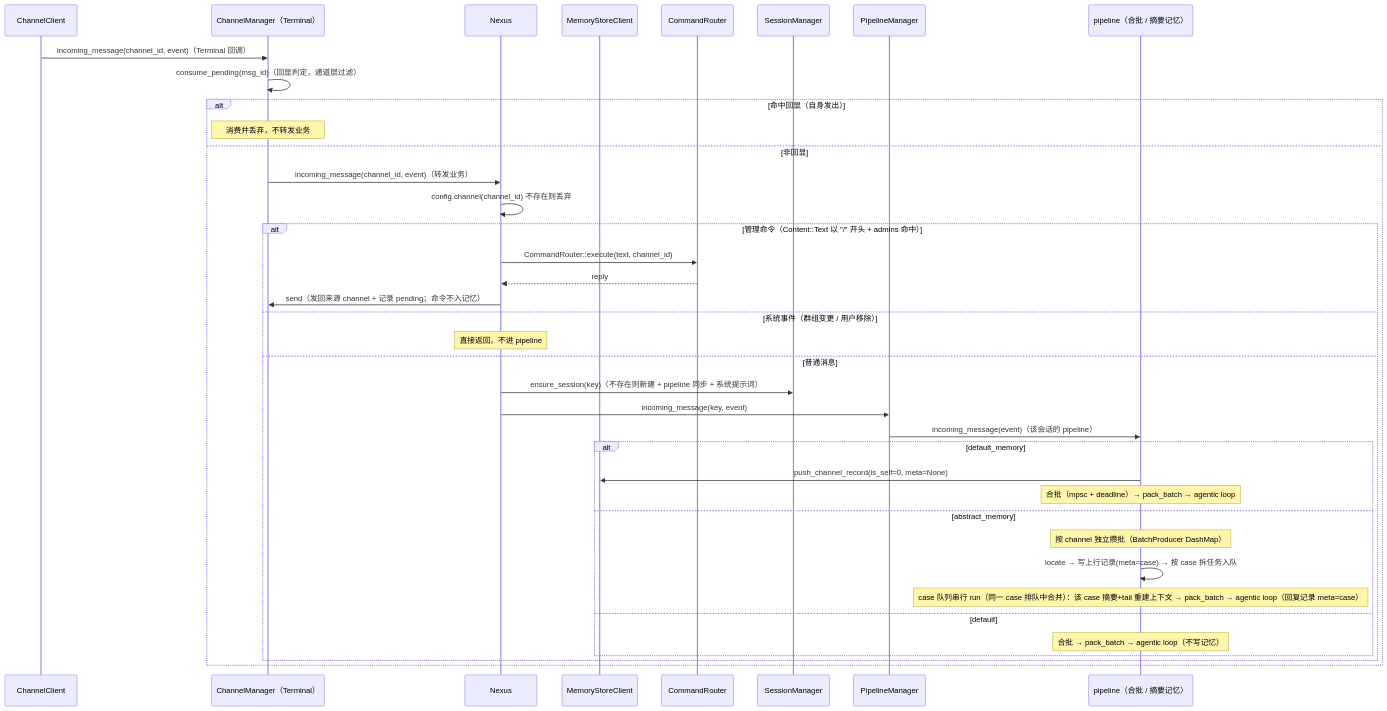
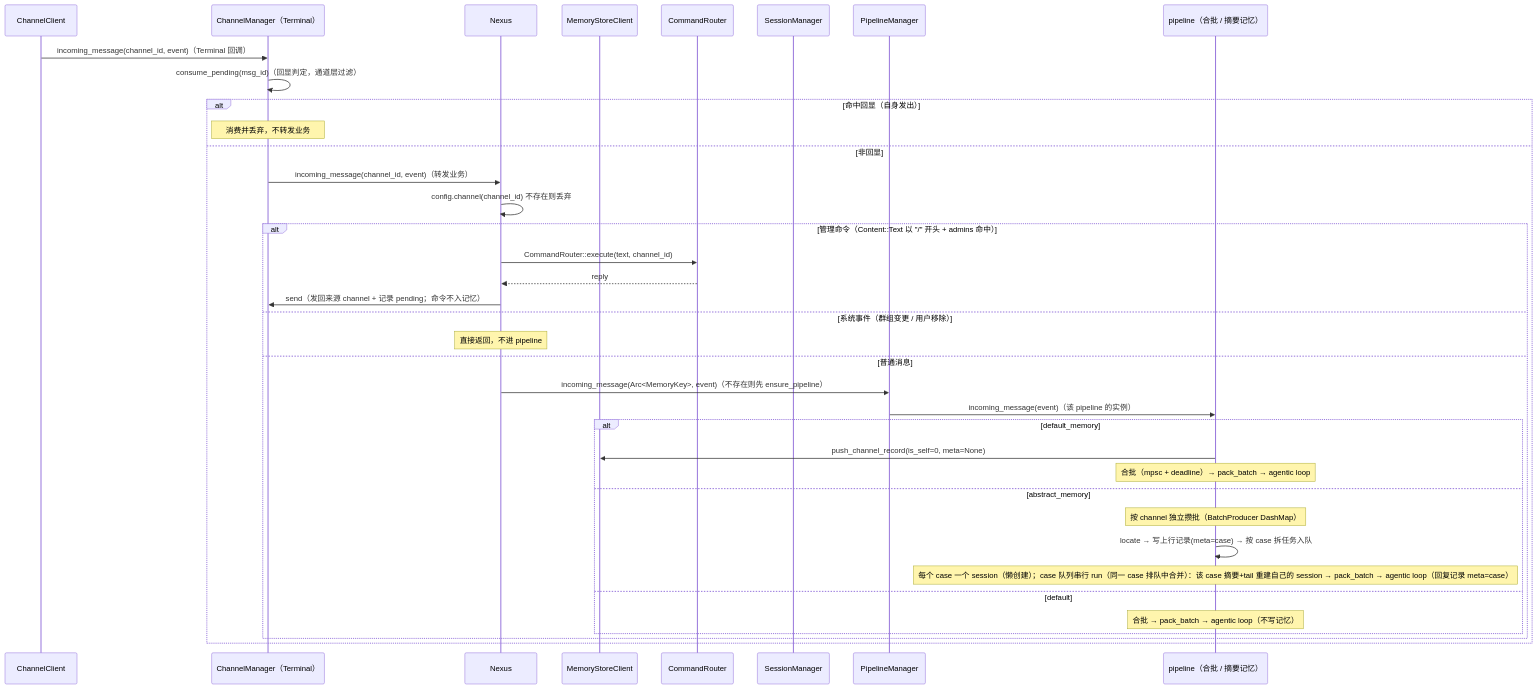
The third of 5 diagrams in docs/spec/agent-modules.md (coldcloude/kissbot), drawn with Mermaid before and after one commit. The commit also changed other lines of this file and 24 other files, not shown here.

````diff
--- a/docs/spec/agent-modules.md
+++ b/docs/spec/agent-modules.md
@@ -140,41 +142,40 @@
 ```mermaid
 sequenceDiagram
     participant CC as ChannelClient
     participant CHM as ChannelManager（Terminal）
     participant CO as Nexus
     participant MSC as MemoryStoreClient
     participant CRT as CommandRouter
     participant SM as SessionManager
     participant PLS as PipelineManager
     participant IP as pipeline（合批 / 摘要记忆）
 
     CC->>CHM: incoming_message(channel_id, event)（Terminal 回调）
     CHM->>CHM: consume_pending(msg_id)（回显判定，通道层过滤）
     alt 命中回显（自身发出）
         Note over CHM: 消费并丢弃，不转发业务
     else 非回显
         CHM->>CO: incoming_message(channel_id, event)（转发业务）
         CO->>CO: config.channel(channel_id) 不存在则丢弃
         alt 管理命令（Content::Text 以 "/" 开头 + admins 命中）
             CO->>CRT: CommandRouter::execute(text, channel_id)
             CRT-->>CO: reply
             CO->>CHM: send（发回来源 channel + 记录 pending；命令不入记忆）
         else 系统事件（群组变更 / 用户移除）
             Note over CO: 直接返回，不进 pipeline
         else 普通消息
-            CO->>SM: ensure_session(key)（不存在则新建 + pipeline 同步 + 系统提示词）
-            CO->>PLS: incoming_message(key, event)
-            PLS->>IP: incoming_message(event)（该会话的 pipeline）
+            CO->>PLS: incoming_message(Arc<MemoryKey>, event)（不存在则先 ensure_pipeline）
+            PLS->>IP: incoming_message(event)（该 pipeline 的实例）
             alt default_memory
                 IP->>MSC: push_channel_record(is_self=0, meta=None)
                 Note over IP: 合批（mpsc + deadline）→ pack_batch → agentic loop
             else abstract_memory
                 Note over IP: 按 channel 独立攒批（BatchProducer DashMap）
                 IP->>IP: locate → 写上行记录(meta=case) → 按 case 拆任务入队
-                Note over IP: case 队列串行 run（同一 case 排队中合并）：该 case 摘要+tail 重建上下文 → pack_batch → agentic loop（回复记录 meta=case）
+                Note over IP: 每个 case 一个 session（懒创建）；case 队列串行 run（同一 case 排队中合并）：该 case 摘要+tail 重建自己的 session → pack_batch → agentic loop（回复记录 meta=case）
             else default
                 Note over IP: 合批 → pack_batch → agentic loop（不写记忆）
             end
         end
     end
 ```
````
